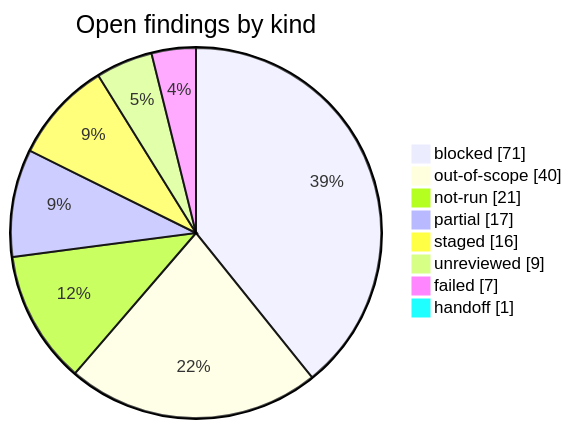
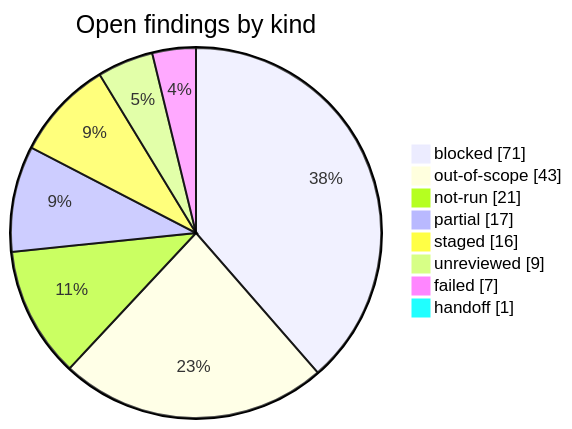
One commit to korczis/OpenTTD changed the diagram in research/open-findings.md. Above: the diagram before and after it, drawn with Mermaid. The commit also changed other lines of this file and 10 other files, not shown here.

````diff
--- a/research/open-findings.md
+++ b/research/open-findings.md
@@ -36,12 +36,12 @@
 ```mermaid
 pie showData title Open findings by kind
     %% links: open-findings.md?col=Kind&filter=blocked#findings | open-findings.md?col=Kind&filter=out-of-scope#findings | open-findings.md?col=Kind&filter=not-run#findings | open-findings.md?col=Kind&filter=partial#findings | open-findings.md?col=Kind&filter=staged#findings | open-findings.md?col=Kind&filter=unreviewed#findings | open-findings.md?col=Kind&filter=failed#findings | open-findings.md?col=Kind&filter=handoff#findings
     "blocked" : 71
-    "out-of-scope" : 40
+    "out-of-scope" : 43
     "not-run" : 21
     "partial" : 17
     "staged" : 16
     "unreviewed" : 9
     "failed" : 7
     "handoff" : 1
 ```
````
